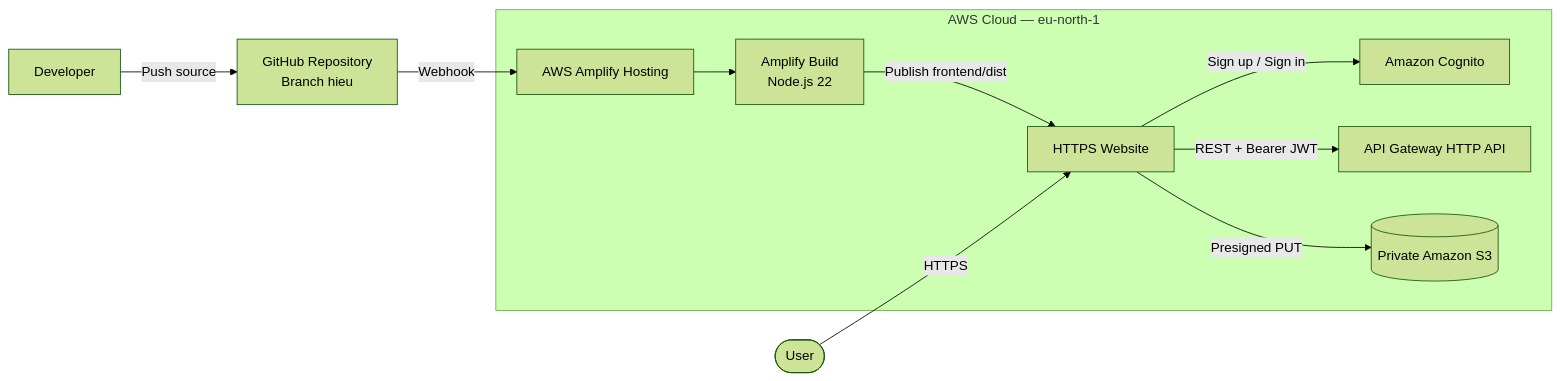
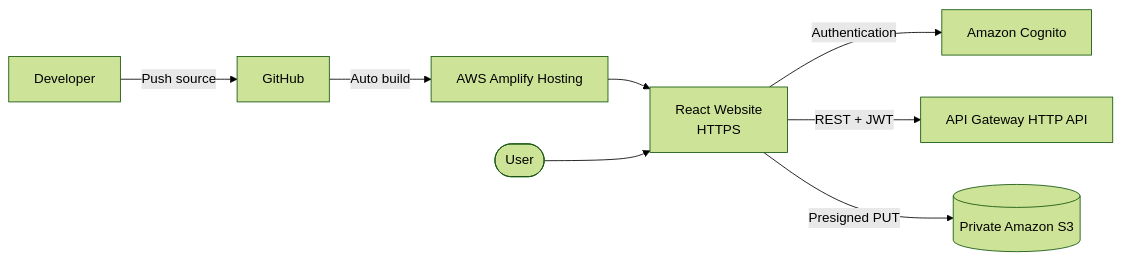
Before and after one commit to super-chickens-aws/polly-voice: the diagram in docs/fcj-workshop/content/5-Workshop/5.3-Deployfrontend/_index.vi.md, drawn with Mermaid (forest theme). The commit also changed other lines of this file, not shown here.

Commit message:
docs: align frontend deployment chapter with workshop format

````diff
--- a/docs/fcj-workshop/content/5-Workshop/5.3-Deployfrontend/_index.vi.md
+++ b/docs/fcj-workshop/content/5-Workshop/5.3-Deployfrontend/_index.vi.md
@@ -81,25 +24,10 @@
 ```mermaid
 flowchart LR
-    Developer["Developer"]
-    GitHub["GitHub Repository<br/>Branch hieu"]
-
-    subgraph AWS["AWS Cloud — eu-north-1"]
-        Amplify["AWS Amplify Hosting"]
-        Build["Amplify Build<br/>Node.js 22"]
-        CDN["HTTPS Website"]
-        Cognito["Amazon Cognito"]
-        API["API Gateway HTTP API"]
-        S3[("Private Amazon S3")]
-    end
-
-    User(["User"])
-
-    Developer -->|Push source| GitHub
-    GitHub -->|Webhook| Amplify
-    Amplify --> Build
-    Build -->|Publish frontend/dist| CDN
-    User -->|HTTPS| CDN
-    CDN -->|Sign up / Sign in| Cognito
-    CDN -->|REST + Bearer JWT| API
-    CDN -->|Presigned PUT| S3
+    Developer["Developer"] -->|Push source| GitHub["GitHub"]
+    GitHub -->|Auto build| Amplify["AWS Amplify Hosting"]
+    Amplify --> Website["React Website<br/>HTTPS"]
+    User(["User"]) --> Website
+    Website -->|Authentication| Cognito["Amazon Cognito"]
+    Website -->|REST + JWT| API["API Gateway HTTP API"]
+    Website -->|Presigned PUT| S3[("Private Amazon S3")]
 ```
````
